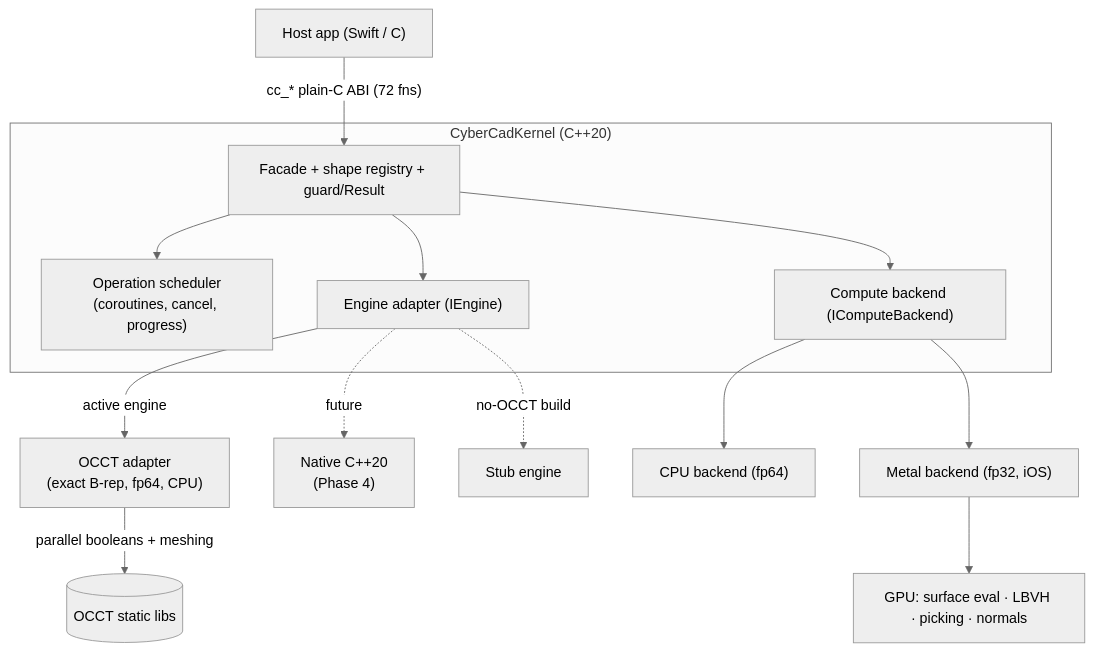
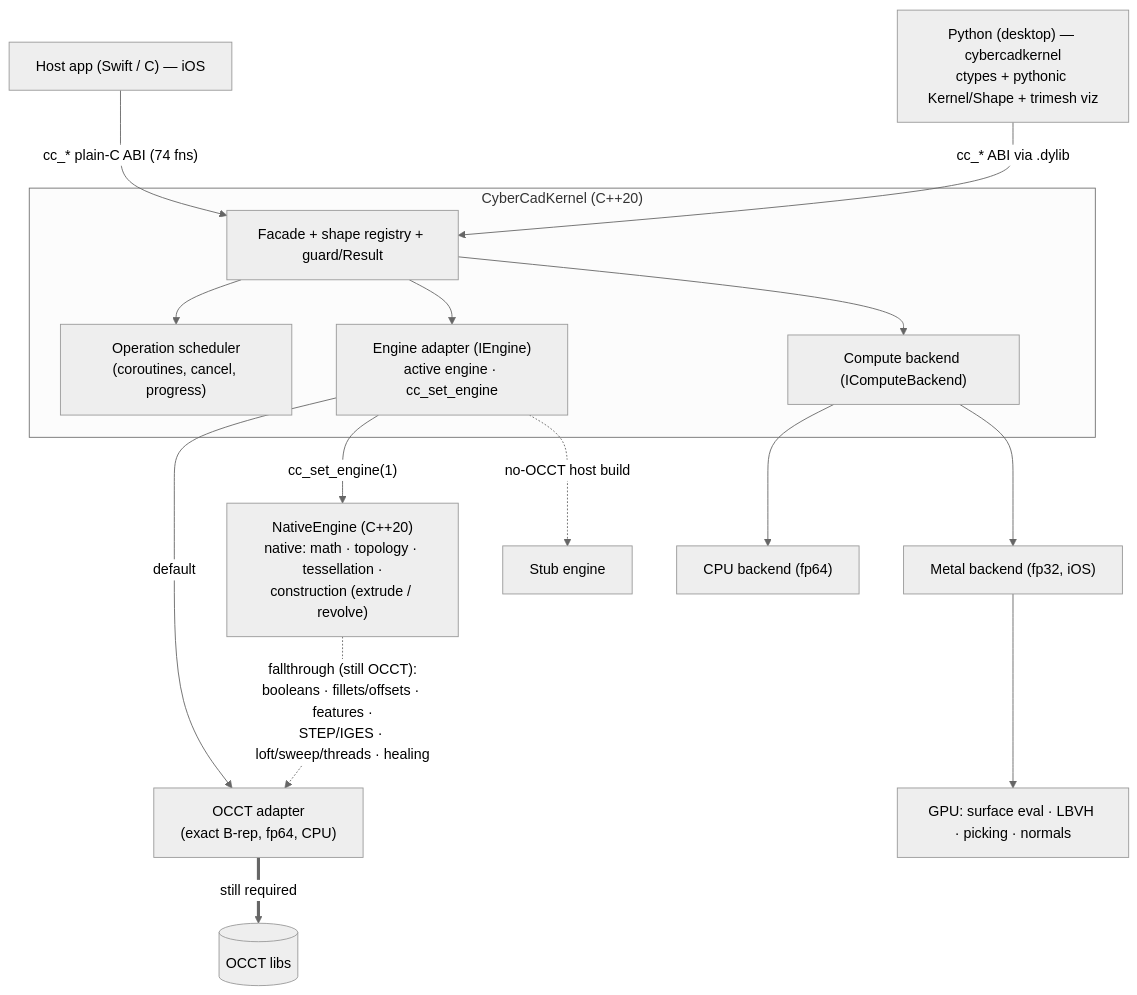
Before and after one commit to CyberdyneCorp/CyberCadKernel: the diagram in README.md, drawn with Mermaid (neutral theme). The commit also changed other lines of this file, not shown here.

First line of the commit message:
Update README: Python binding + native engine + OCCT dependency in the diagram

````diff
--- a/README.md
+++ b/README.md
@@ -33,25 +33,27 @@
 ```mermaid
 flowchart TD
-    App["Host app (Swift / C)"] -->|"cc_* plain-C ABI (72 fns)"| Facade
+    App["Host app (Swift / C) — iOS"] -->|"cc_* plain-C ABI (74 fns)"| Facade
+    Py["Python (desktop) — cybercadkernel<br/>ctypes + pythonic Kernel/Shape + trimesh viz"] -->|"cc_* ABI via .dylib"| Facade
 
     subgraph Kernel["CyberCadKernel (C++20)"]
         Facade["Facade + shape registry + guard/Result"]
         Sched["Operation scheduler<br/>(coroutines, cancel, progress)"]
-        Engine["Engine adapter (IEngine)"]
+        Engine["Engine adapter (IEngine)<br/>active engine · cc_set_engine"]
         Compute["Compute backend (IComputeBackend)"]
 
         Facade --> Sched
         Facade --> Engine
         Facade --> Compute
     end
 
-    Engine -->|"active engine"| OCCT["OCCT adapter<br/>(exact B-rep, fp64, CPU)"]
-    Engine -.->|"future"| Native["Native C++20<br/>(Phase 4)"]
-    Engine -.->|"no-OCCT build"| Stub["Stub engine"]
+    Engine -->|"default"| OCCT["OCCT adapter<br/>(exact B-rep, fp64, CPU)"]
+    Engine -->|"cc_set_engine(1)"| Native["NativeEngine (C++20)<br/>native: math · topology · tessellation ·<br/>construction (extrude / revolve)"]
+    Engine -.->|"no-OCCT host build"| Stub["Stub engine"]
 
-    Compute --> CPU["CPU backend (fp64)"]
+    Native -.->|"fallthrough (still OCCT):<br/>booleans · fillets/offsets · features ·<br/>STEP/IGES · loft/sweep/threads · healing"| OCCT
+    OCCT ==>|"still required"| OCCTlib[("OCCT libs")]
+
+    Compute --> CPUb["CPU backend (fp64)"]
     Compute --> Metal["Metal backend (fp32, iOS)"]
-
-    OCCT -->|"parallel booleans + meshing"| OCCTlib[("OCCT static libs")]
     Metal --> GPU["GPU: surface eval · LBVH · picking · normals"]
 ```
````
